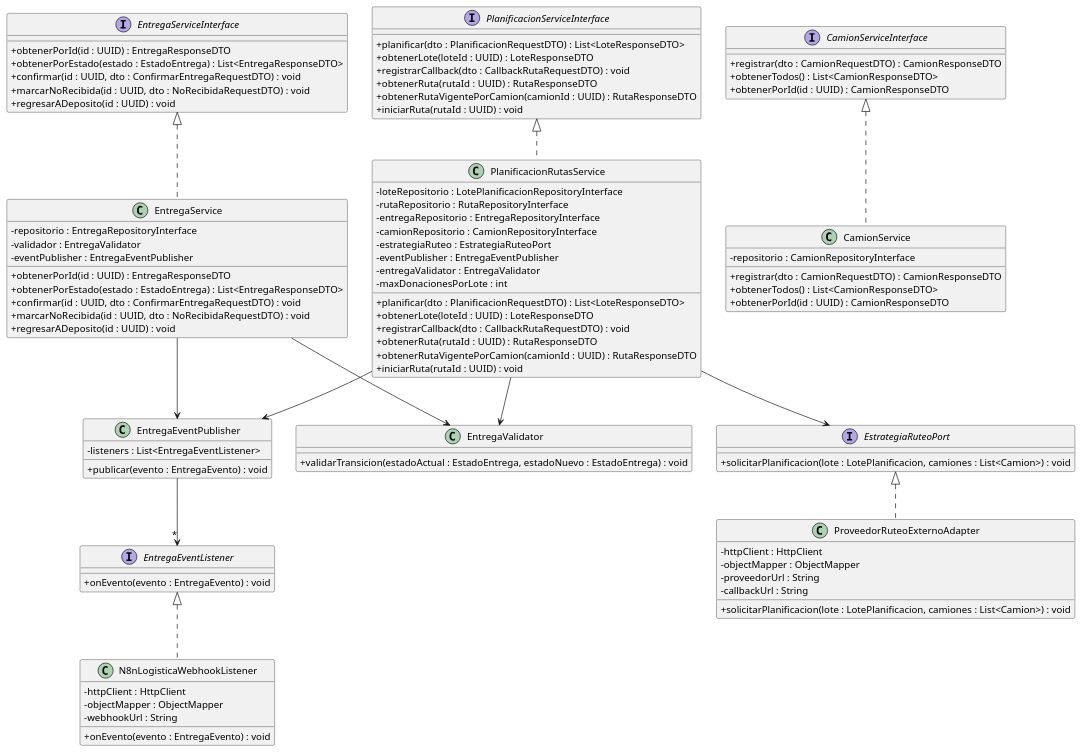
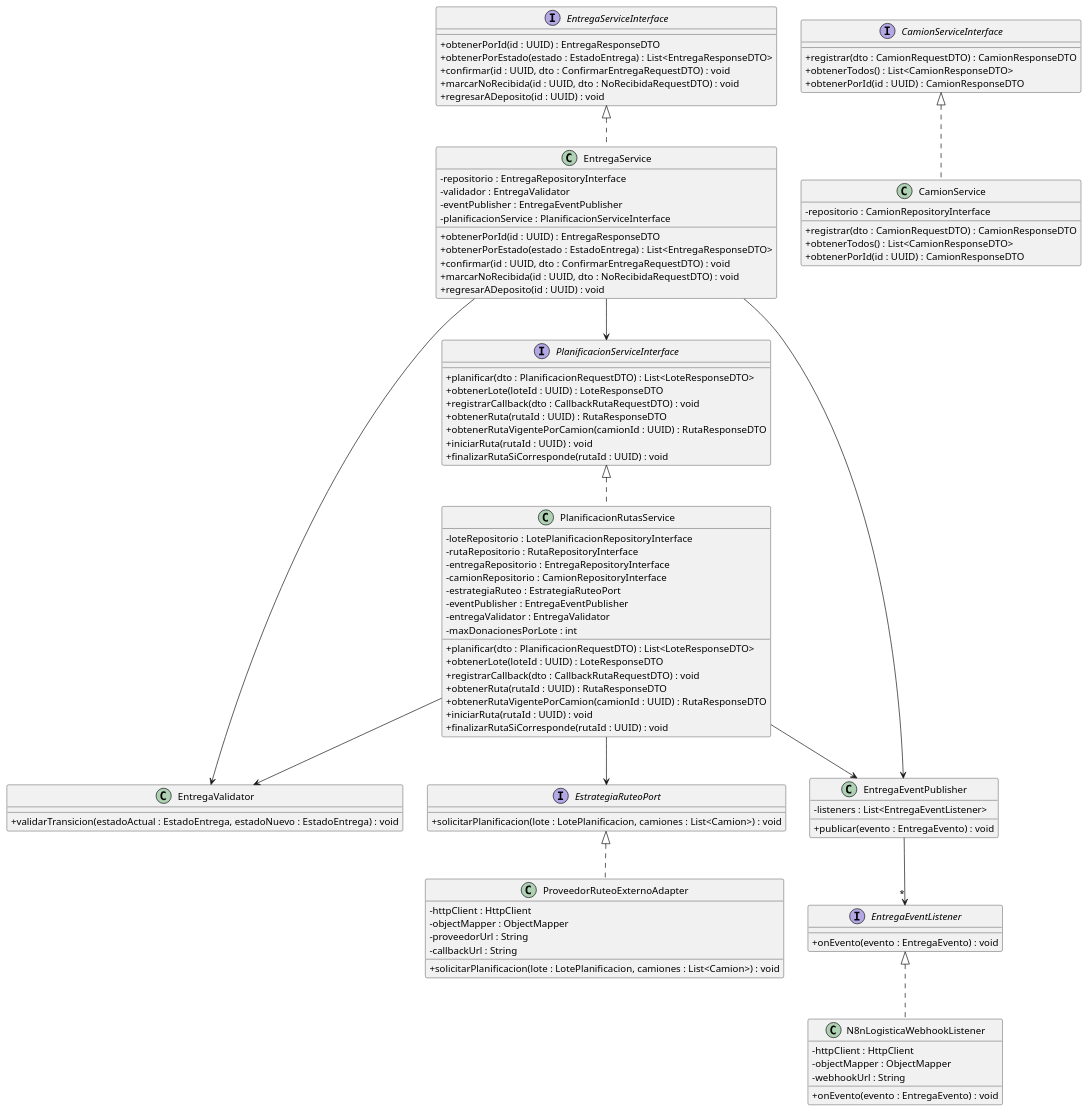
One commit to PonceCamilo/TP-ANUAL-DISENIO-2026 changed the diagram in donatrack/DiagramaDeClases/Logistica/diagramaClasesLogisticaServices.plantuml. Above: the diagram before and after it, drawn with PlantUML. The commit also changed 5 other files, not shown here.

```diff
--- a/donatrack/DiagramaDeClases/Logistica/diagramaClasesLogisticaServices.plantuml
+++ b/donatrack/DiagramaDeClases/Logistica/diagramaClasesLogisticaServices.plantuml
@@ -1,116 +1,120 @@
 @startuml diagramaClasesLogisticaServices
 
 skinparam classAttributeIconSize 0
 
 ' ============================ VALIDACIONES ============================
 
 class EntregaValidator {
     + validarTransicion(estadoActual : EstadoEntrega, estadoNuevo : EstadoEntrega) : void
 }
 
 ' ============================ SERVICIOS ============================
 
 interface CamionServiceInterface {
     + registrar(dto : CamionRequestDTO) : CamionResponseDTO
     + obtenerTodos() : List<CamionResponseDTO>
     + obtenerPorId(id : UUID) : CamionResponseDTO
 }
 
 class CamionService implements CamionServiceInterface {
     - repositorio : CamionRepositoryInterface
     + registrar(dto : CamionRequestDTO) : CamionResponseDTO
     + obtenerTodos() : List<CamionResponseDTO>
     + obtenerPorId(id : UUID) : CamionResponseDTO
 }
 
 interface EntregaServiceInterface {
     + obtenerPorId(id : UUID) : EntregaResponseDTO
     + obtenerPorEstado(estado : EstadoEntrega) : List<EntregaResponseDTO>
     + confirmar(id : UUID, dto : ConfirmarEntregaRequestDTO) : void
     + marcarNoRecibida(id : UUID, dto : NoRecibidaRequestDTO) : void
     + regresarADeposito(id : UUID) : void
 }
 
 class EntregaService implements EntregaServiceInterface {
     - repositorio : EntregaRepositoryInterface
     - validador : EntregaValidator
     - eventPublisher : EntregaEventPublisher
+    - planificacionService : PlanificacionServiceInterface
     + obtenerPorId(id : UUID) : EntregaResponseDTO
     + obtenerPorEstado(estado : EstadoEntrega) : List<EntregaResponseDTO>
     + confirmar(id : UUID, dto : ConfirmarEntregaRequestDTO) : void
     + marcarNoRecibida(id : UUID, dto : NoRecibidaRequestDTO) : void
     + regresarADeposito(id : UUID) : void
 }
 
 interface PlanificacionServiceInterface {
     + planificar(dto : PlanificacionRequestDTO) : List<LoteResponseDTO>
     + obtenerLote(loteId : UUID) : LoteResponseDTO
     + registrarCallback(dto : CallbackRutaRequestDTO) : void
     + obtenerRuta(rutaId : UUID) : RutaResponseDTO
     + obtenerRutaVigentePorCamion(camionId : UUID) : RutaResponseDTO
     + iniciarRuta(rutaId : UUID) : void
+    + finalizarRutaSiCorresponde(rutaId : UUID) : void
 }
 
 class PlanificacionRutasService implements PlanificacionServiceInterface {
     - loteRepositorio : LotePlanificacionRepositoryInterface
     - rutaRepositorio : RutaRepositoryInterface
     - entregaRepositorio : EntregaRepositoryInterface
     - camionRepositorio : CamionRepositoryInterface
     - estrategiaRuteo : EstrategiaRuteoPort
     - eventPublisher : EntregaEventPublisher
     - entregaValidator : EntregaValidator
     - maxDonacionesPorLote : int
     + planificar(dto : PlanificacionRequestDTO) : List<LoteResponseDTO>
     + obtenerLote(loteId : UUID) : LoteResponseDTO
     + registrarCallback(dto : CallbackRutaRequestDTO) : void
     + obtenerRuta(rutaId : UUID) : RutaResponseDTO
     + obtenerRutaVigentePorCamion(camionId : UUID) : RutaResponseDTO
     + iniciarRuta(rutaId : UUID) : void
+    + finalizarRutaSiCorresponde(rutaId : UUID) : void
 }
 
 ' ============================ INTEGRACION / EVENTOS ============================
 
 interface EstrategiaRuteoPort {
     + solicitarPlanificacion(lote : LotePlanificacion, camiones : List<Camion>) : void
 }
 
 class ProveedorRuteoExternoAdapter implements EstrategiaRuteoPort {
     - httpClient : HttpClient
     - objectMapper : ObjectMapper
     - proveedorUrl : String
     - callbackUrl : String
     + solicitarPlanificacion(lote : LotePlanificacion, camiones : List<Camion>) : void
 }
 
 interface EntregaEventListener {
     + onEvento(evento : EntregaEvento) : void
 }
 
 class EntregaEventPublisher {
     - listeners : List<EntregaEventListener>
     + publicar(evento : EntregaEvento) : void
 }
 
 class N8nLogisticaWebhookListener implements EntregaEventListener {
     - httpClient : HttpClient
     - objectMapper : ObjectMapper
     - webhookUrl : String
     + onEvento(evento : EntregaEvento) : void
 }
 
 ' ============================ RELACIONES ============================
 
 
 EntregaService --> EntregaValidator
 EntregaService --> EntregaEventPublisher
+EntregaService --> PlanificacionServiceInterface
 
 PlanificacionRutasService --> EstrategiaRuteoPort
 PlanificacionRutasService --> EntregaEventPublisher
 PlanificacionRutasService --> EntregaValidator
 
 
 
 EntregaEventPublisher --> "*" EntregaEventListener
 
 
 @enduml
```
